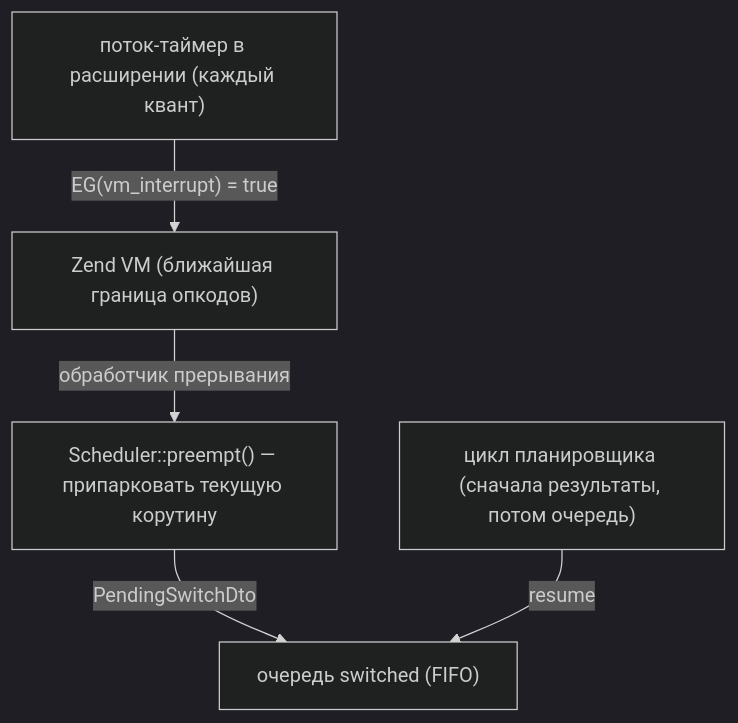
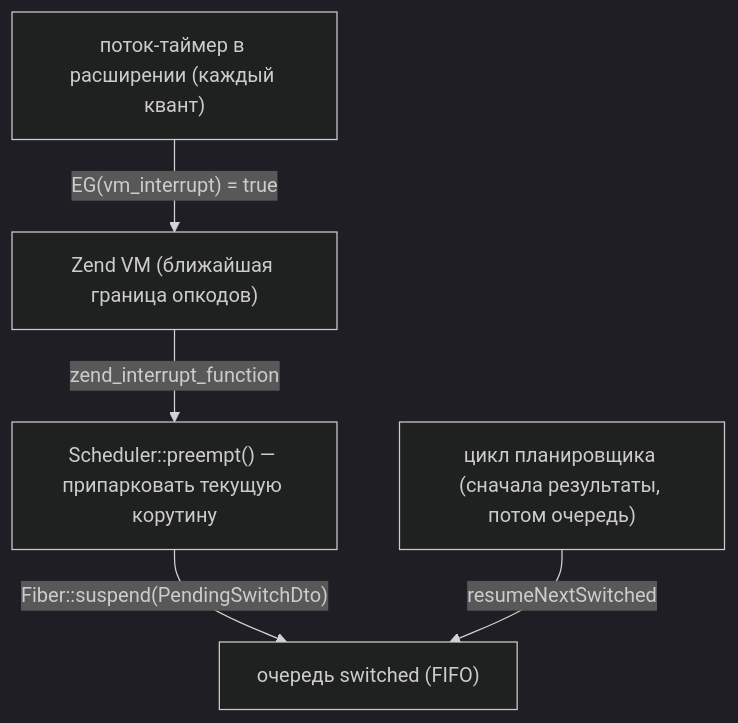
Before and after one commit to sprust/sconcur: the diagram in docs/coroutine-switching.ru.md, drawn with Mermaid (dark theme). The commit also changed other lines of this file and 51 other files, not shown here.

````diff
--- a/docs/coroutine-switching.ru.md
+++ b/docs/coroutine-switching.ru.md
@@ -87,7 +86,7 @@
 ```mermaid
 flowchart TB
     Timer["поток-таймер в расширении (каждый квант)"] -->|"EG(vm_interrupt) = true"| Engine["Zend VM (ближайшая граница опкодов)"]
-    Engine -->|"обработчик прерывания"| Preempt["Scheduler::preempt() — припарковать текущую корутину"]
-    Preempt -->|"PendingSwitchDto"| Queue["очередь switched (FIFO)"]
-    Scheduler["цикл планировщика (сначала результаты, потом очередь)"] -->|"resume"| Queue
+    Engine -->|"zend_interrupt_function"| Preempt["Scheduler::preempt() — припарковать текущую корутину"]
+    Preempt -->|"Fiber::suspend(PendingSwitchDto)"| Queue["очередь switched (FIFO)"]
+    Scheduler["цикл планировщика (сначала результаты, потом очередь)"] -->|"resumeNextSwitched"| Queue
 ```
````
